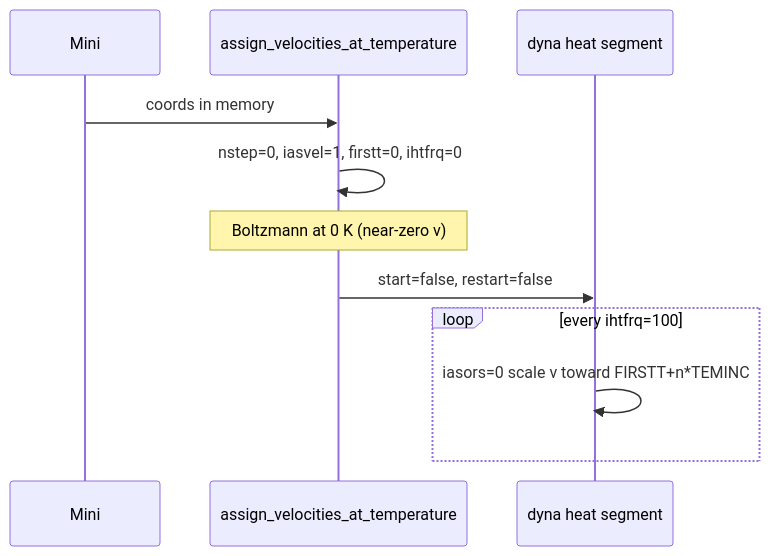
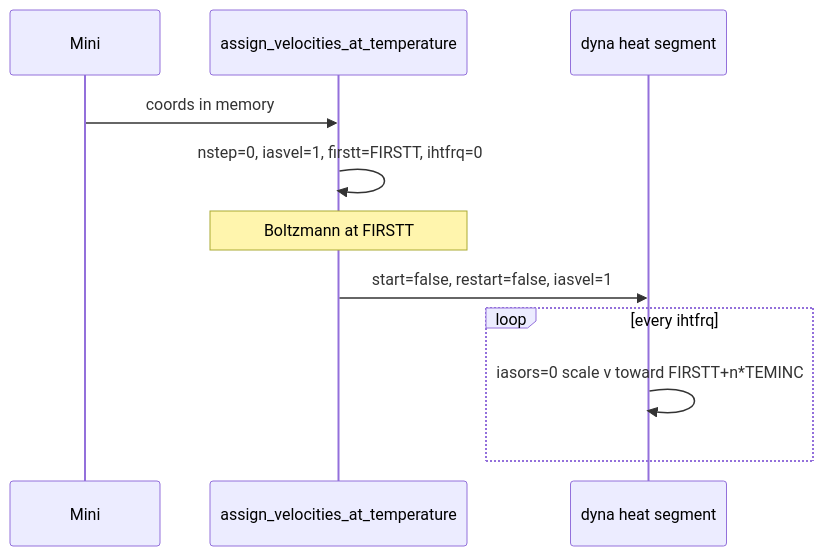
Before and after one commit to EricBoittier/mmml: the diagram in mmml/interfaces/pycharmmInterface/mlpot/COMP_AND_HEATING.md, drawn with Mermaid. The commit also changed other lines of this file and 5 other files, not shown here.

First line of the commit message:
Fix scale HEAT after mini: Boltzmann assign before overlap dyna

````diff
--- a/mmml/interfaces/pycharmmInterface/mlpot/COMP_AND_HEATING.md
+++ b/mmml/interfaces/pycharmmInterface/mlpot/COMP_AND_HEATING.md
@@ -98,14 +98,14 @@
 ```mermaid
 sequenceDiagram
     participant Mini
     participant Assign as assign_velocities_at_temperature
     participant Dyna as dyna heat segment
 
     Mini->>Assign: coords in memory
-    Assign->>Assign: nstep=0, iasvel=1, firstt=0, ihtfrq=0
-    Note over Assign: Boltzmann at 0 K (near-zero v)
-    Assign->>Dyna: start=false, restart=false
-    loop every ihtfrq=100
+    Assign->>Assign: nstep=0, iasvel=1, firstt=FIRSTT, ihtfrq=0
+    Note over Assign: Boltzmann at FIRSTT
+    Assign->>Dyna: start=false, restart=false, iasvel=1
+    loop every ihtfrq
         Dyna->>Dyna: iasors=0 scale v toward FIRSTT+n*TEMINC
     end
 ```
````
